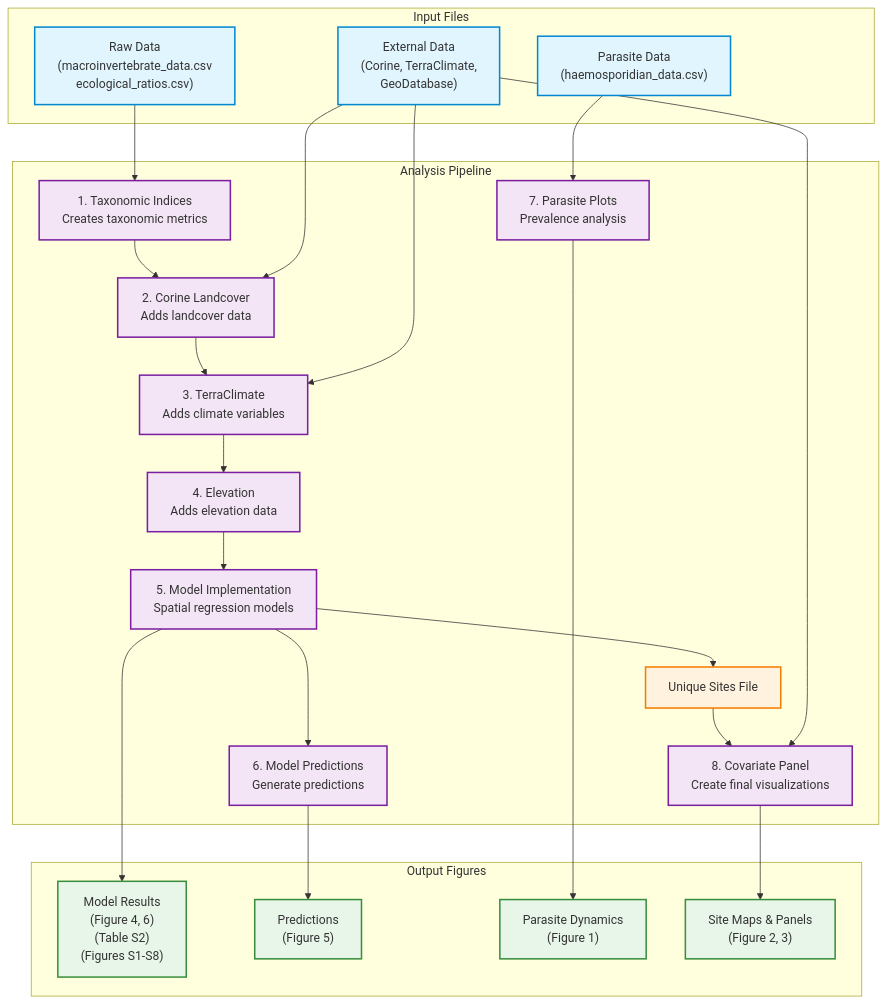
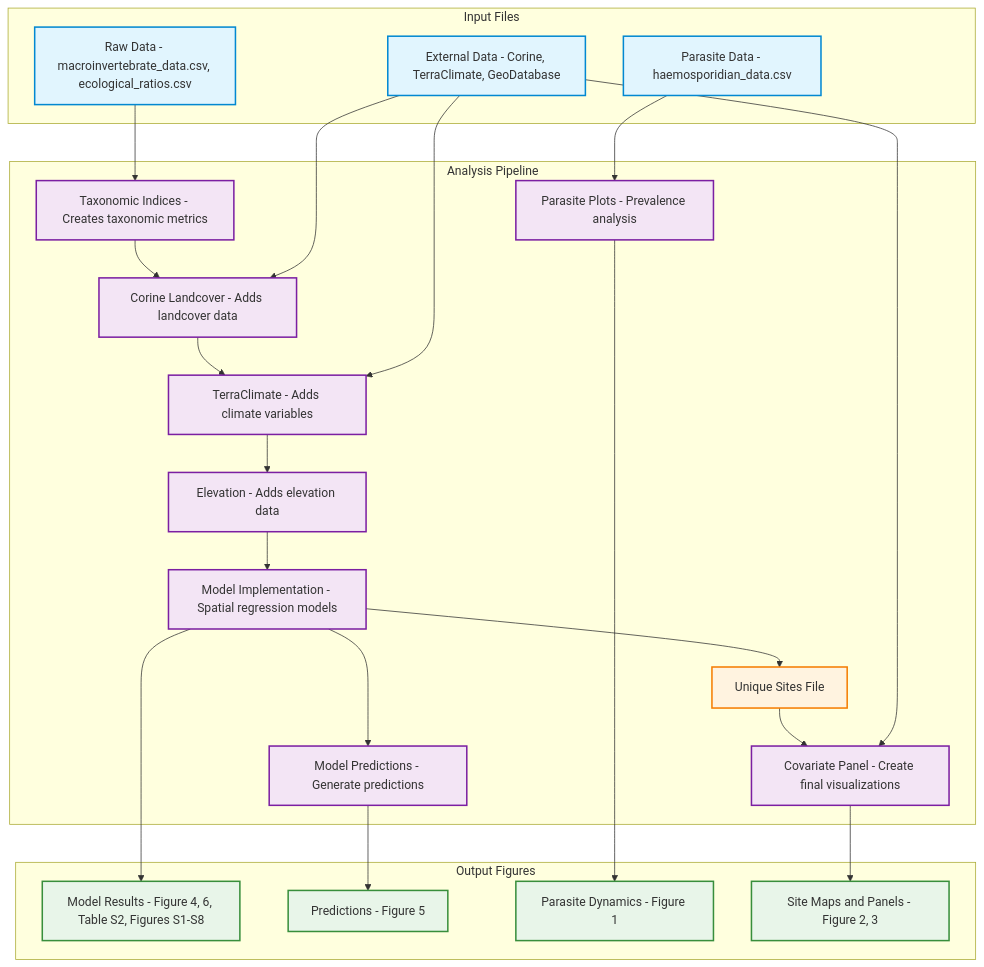
Before and after one commit to HeeeyNathan/Predicting_vector_abundance_in_Lithuania: the diagram in README.md, drawn with Mermaid.

Commit message:
READ.ME update

````diff
--- a/README.md
+++ b/README.md
@@ -123,41 +123,41 @@
 ```mermaid
 graph TD
     subgraph Input Files
-        R["Raw Data<br/>(macroinvertebrate_data.csv<br/>ecological_ratios.csv)"]
-        P["Parasite Data<br/>(haemosporidian_data.csv)"]
-        E["External Data<br/>(Corine, TerraClimate,<br/>GeoDatabase)"]
+        R[Raw Data - macroinvertebrate_data.csv, ecological_ratios.csv]
+        P[Parasite Data - haemosporidian_data.csv]
+        E[External Data - Corine, TerraClimate, GeoDatabase]
     end
     
     subgraph Analysis Pipeline
-        R --> S1[1. Taxonomic Indices<br/>Creates taxonomic metrics]
-        S1 --> S2[2. Corine Landcover<br/>Adds landcover data]
+        R --> S1[Taxonomic Indices - Creates taxonomic metrics]
+        S1 --> S2[Corine Landcover - Adds landcover data]
         E --> S2
-        S2 --> S3[3. TerraClimate<br/>Adds climate variables]
+        S2 --> S3[TerraClimate - Adds climate variables]
         E --> S3
-        S3 --> S4[4. Elevation<br/>Adds elevation data]
-        S4 --> S5[5. Model Implementation<br/>Spatial regression models]
-        S5 --> S6[6. Model Predictions<br/>Generate predictions]
+        S3 --> S4[Elevation - Adds elevation data]
+        S4 --> S5[Model Implementation - Spatial regression models]
+        S5 --> S6[Model Predictions - Generate predictions]
         S5 --> Sites[Unique Sites File]
-        Sites --> S8[8. Covariate Panel<br/>Create final visualizations]
+        Sites --> S8[Covariate Panel - Create final visualizations]
         E --> S8
-        P --> S7[7. Parasite Plots<br/>Prevalence analysis]
+        P --> S7[Parasite Plots - Prevalence analysis]
     end
     
     subgraph Output Figures
-        S5 --> O1["Model Results<br/>(Figure 4, 6)<br/>(Table S2)<br/>(Figures S1-S8)"]
-        S6 --> O2["Predictions<br/>(Figure 5)"]
-        S7 --> O3["Parasite Dynamics<br/>(Figure 1)"]
-        S8 --> O4["Site Maps & Panels<br/>(Figure 2, 3)"]
+        S5 --> O1[Model Results - Figure 4, 6, Table S2, Figures S1-S8]
+        S6 --> O2[Predictions - Figure 5]
+        S7 --> O3[Parasite Dynamics - Figure 1]
+        S8 --> O4[Site Maps and Panels - Figure 2, 3]
     end
     
     %% Styling
     classDef input fill:#e1f5fe,stroke:#0288d1,stroke-width:2px;
     classDef script fill:#f3e5f5,stroke:#7b1fa2,stroke-width:2px;
     classDef output fill:#e8f5e9,stroke:#388e3c,stroke-width:2px;
     classDef intermediate fill:#fff3e0,stroke:#f57c00,stroke-width:2px;
     
     class R,P,E input;
     class S1,S2,S3,S4,S5,S6,S7,S8 script;
     class O1,O2,O3,O4 output;
     class Sites intermediate;
 ```
````
